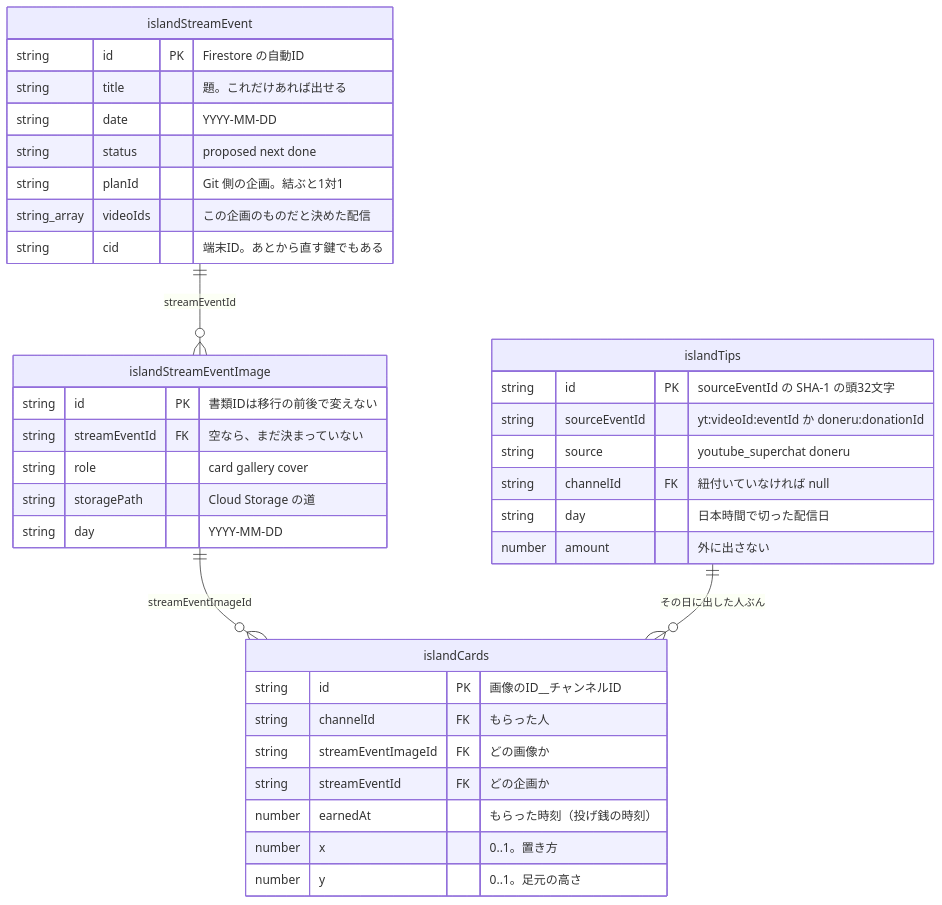
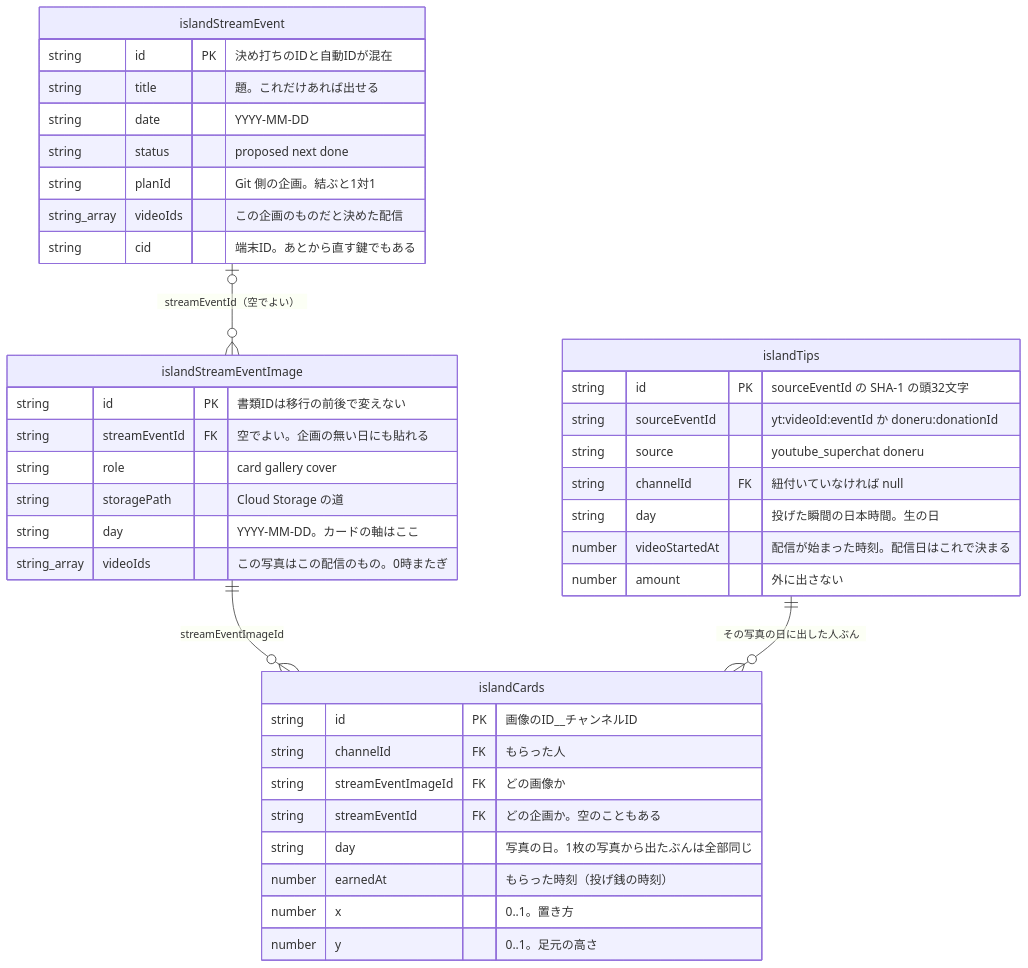
Before and after one commit to Ayato-kosaka/live-streaming: the third of 3 diagrams in docs/island-db.md, drawn with Mermaid. The commit also changed other lines of this file and 4 other files, not shown here.

````diff
--- a/docs/island-db.md
+++ b/docs/island-db.md
@@ -96,39 +102,42 @@
 ```mermaid
 erDiagram
     islandStreamEvent {
-        string id PK "Firestore の自動ID"
+        string id PK "決め打ちのIDと自動IDが混在"
         string title "題。これだけあれば出せる"
         string date "YYYY-MM-DD"
         string status "proposed next done"
         string planId "Git 側の企画。結ぶと1対1"
         string_array videoIds "この企画のものだと決めた配信"
         string cid "端末ID。あとから直す鍵でもある"
     }
     islandStreamEventImage {
         string id PK "書類IDは移行の前後で変えない"
-        string streamEventId FK "空なら、まだ決まっていない"
+        string streamEventId FK "空でよい。企画の無い日にも貼れる"
         string role "card gallery cover"
         string storagePath "Cloud Storage の道"
-        string day "YYYY-MM-DD"
+        string day "YYYY-MM-DD。カードの軸はここ"
+        string_array videoIds "この写真はこの配信のもの。0時またぎ"
     }
     islandCards {
         string id PK "画像のID__チャンネルID"
         string channelId FK "もらった人"
         string streamEventImageId FK "どの画像か"
-        string streamEventId FK "どの企画か"
+        string streamEventId FK "どの企画か。空のこともある"
+        string day "写真の日。1枚の写真から出たぶんは全部同じ"
         number earnedAt "もらった時刻（投げ銭の時刻）"
         number x "0..1。置き方"
         number y "0..1。足元の高さ"
     }
     islandTips {
         string id PK "sourceEventId の SHA-1 の頭32文字"
         string sourceEventId "yt:videoId:eventId か doneru:donationId"
         string source "youtube_superchat doneru"
         string channelId FK "紐付いていなければ null"
-        string day "日本時間で切った配信日"
+        string day "投げた瞬間の日本時間。生の日"
+        number videoStartedAt "配信が始まった時刻。配信日はこれで決まる"
         number amount "外に出さない"
     }
-    islandStreamEvent      ||--o{ islandStreamEventImage : "streamEventId"
+    islandStreamEvent      |o--o{ islandStreamEventImage : "streamEventId（空でよい）"
     islandStreamEventImage ||--o{ islandCards            : "streamEventImageId"
-    islandTips             ||--o{ islandCards            : "その日に出した人ぶん"
+    islandTips             ||--o{ islandCards            : "その写真の日に出した人ぶん"
 ```
````
